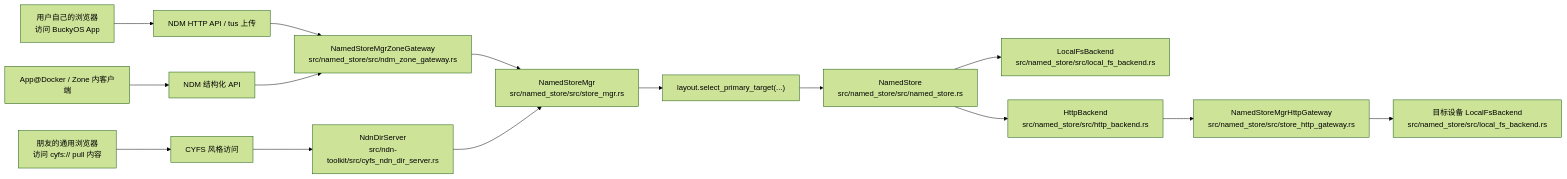
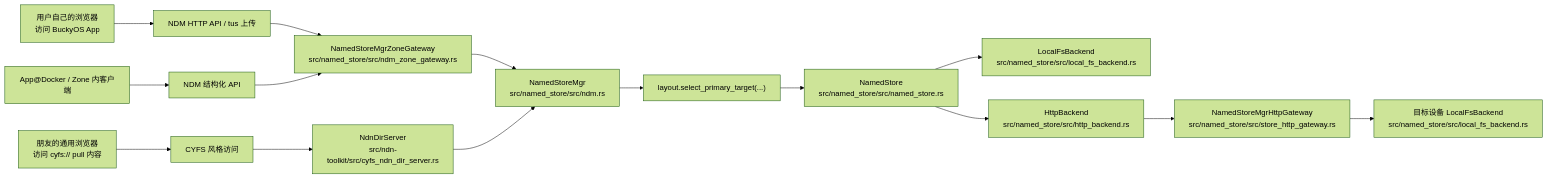
One commit to buckyos/cyfs-ndn changed the second of 2 diagrams in doc/NDM Protocol/overview.md. Above: the diagram before and after it, drawn with Mermaid (forest theme). The commit also changed other lines of this file and 26 other files, not shown here.

Commit message:
Update README files and introduce NamedDataMgr for improved store management

````diff
--- a/doc/NDM Protocol/overview.md
+++ b/doc/NDM Protocol/overview.md
@@ -212,23 +212,23 @@
 ```mermaid
 flowchart LR
     UserBrowser["用户自己的浏览器\n访问 BuckyOS App"] --> Tus["NDM HTTP API / tus 上传"]
     Tus --> ZoneGw["NamedStoreMgrZoneGateway\nsrc/named_store/src/ndm_zone_gateway.rs"]
 
     FriendBrowser["朋友的通用浏览器\n访问 cyfs:// pull 内容"] --> Cyfs["CYFS 风格访问"]
     Cyfs --> Dir["NdnDirServer\nsrc/ndn-toolkit/src/cyfs_ndn_dir_server.rs"]
 
     App["App@Docker / Zone 内客户端"] --> Rpc["NDM 结构化 API"]
     Rpc --> ZoneGw
 
-    ZoneGw --> Mgr["NamedStoreMgr\nsrc/named_store/src/store_mgr.rs"]
+    ZoneGw --> Mgr["NamedStoreMgr\nsrc/named_store/src/ndm.rs"]
     Dir --> Mgr
 
     Mgr --> Layout["layout.select_primary_target(...)"]
     Layout --> Store["NamedStore\nsrc/named_store/src/named_store.rs"]
 
     Store --> Local["LocalFsBackend\nsrc/named_store/src/local_fs_backend.rs"]
     Store --> Remote["HttpBackend\nsrc/named_store/src/http_backend.rs"]
 
     Remote --> StoreHttp["NamedStoreMgrHttpGateway\nsrc/named_store/src/store_http_gateway.rs"]
     StoreHttp --> RemoteLocal["目标设备 LocalFsBackend\nsrc/named_store/src/local_fs_backend.rs"]
 ```
````
